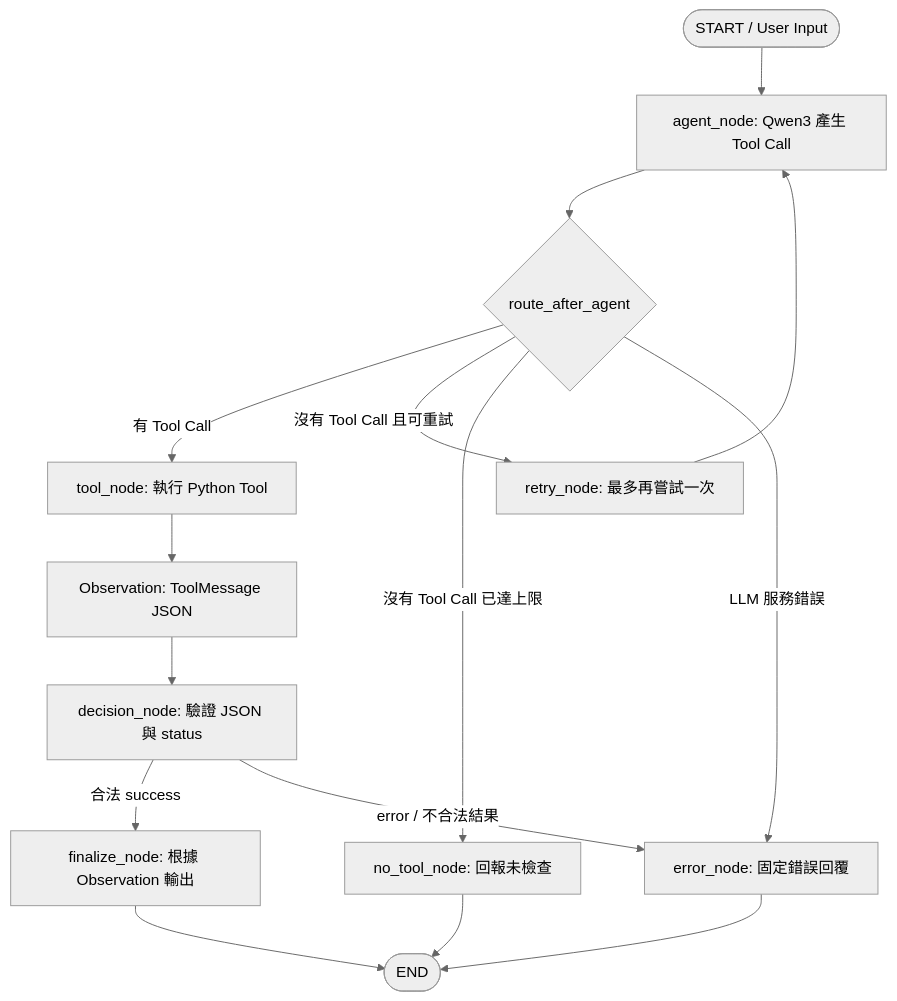
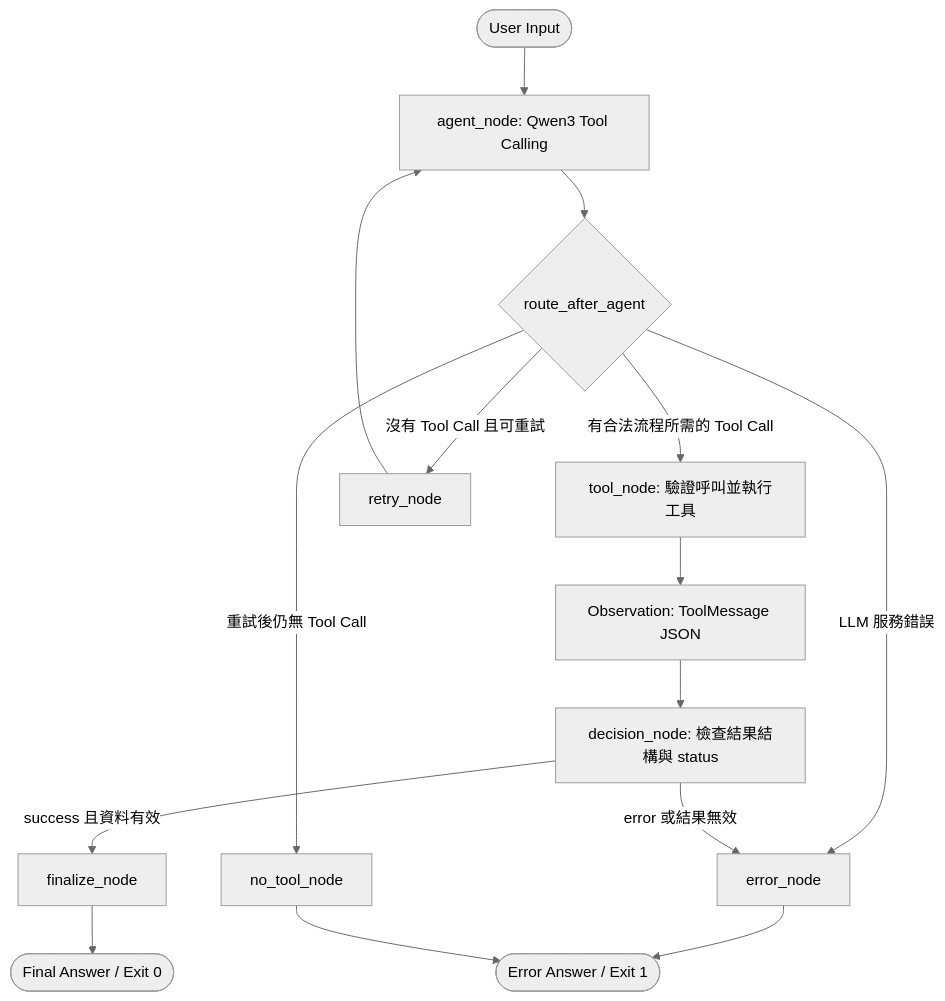
Before and after one commit to Lincoln951753/ISO26262_AI_Agent: the diagram in README.md, drawn with Mermaid (neutral theme). The commit also changed other lines of this file, not shown here.

Commit message:
docs: finalize assignment 2 README

````diff
--- a/README.md
+++ b/README.md
@@ -116,17 +87,17 @@
 ```mermaid
 flowchart TD
-    S([START / User Input]) --> A[agent_node: Qwen3 產生 Tool Call]
-    A --> R{route_after_agent}
-    R -->|有 Tool Call| T[tool_node: 執行 Python Tool]
-    R -->|沒有 Tool Call 且可重試| X[retry_node: 最多再嘗試一次]
-    X --> A
-    R -->|沒有 Tool Call 已達上限| N[no_tool_node: 回報未檢查]
-    R -->|LLM 服務錯誤| E[error_node: 固定錯誤回覆]
-    T --> O[Observation: ToolMessage JSON]
-    O --> D[decision_node: 驗證 JSON 與 status]
-    D -->|合法 success| F[finalize_node: 根據 Observation 輸出]
-    D -->|error / 不合法結果| E
-    F --> Z([END])
-    N --> Z
-    E --> Z
+    A([User Input]) --> B[agent_node: Qwen3 Tool Calling]
+    B --> C{route_after_agent}
+    C -->|有合法流程所需的 Tool Call| D[tool_node: 驗證呼叫並執行工具]
+    C -->|沒有 Tool Call 且可重試| R[retry_node]
+    R --> B
+    C -->|重試後仍無 Tool Call| N[no_tool_node]
+    C -->|LLM 服務錯誤| E[error_node]
+    D --> O[Observation: ToolMessage JSON]
+    O --> F[decision_node: 檢查結果結構與 status]
+    F -->|success 且資料有效| G[finalize_node]
+    F -->|error 或結果無效| E
+    G --> H([Final Answer / Exit 0])
+    E --> I([Error Answer / Exit 1])
+    N --> I
 ```
````
